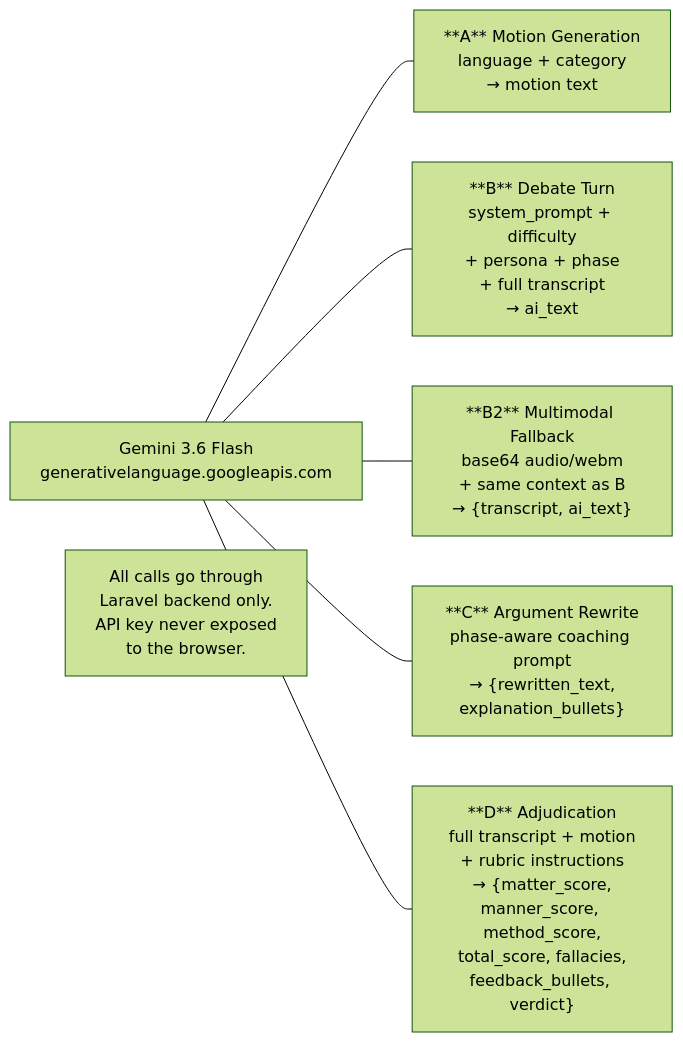
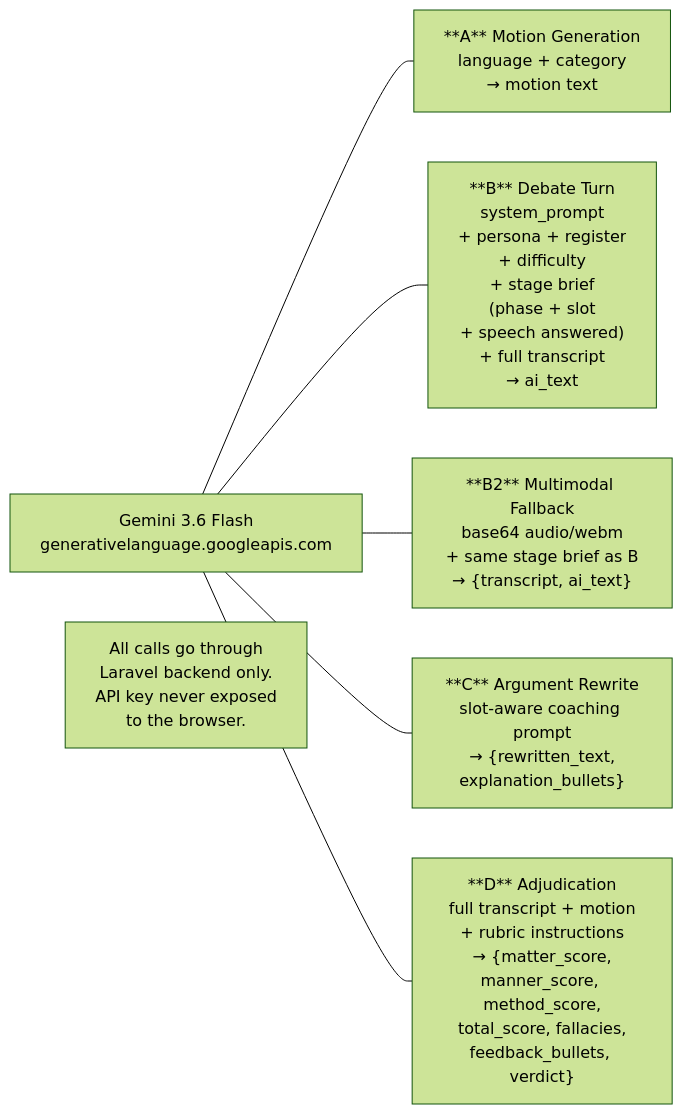
The third of 6 diagrams in README.md (Atia-Farha/Rostrum), drawn with Mermaid (forest theme) before and after one commit. The commit also changed other lines of this file and 71 other files, not shown here.

````diff
--- a/README.md
+++ b/README.md
@@ -288,18 +442,18 @@
 ```mermaid
 flowchart LR
     GEM["Gemini 3.6 Flash\ngenerativelanguage.googleapis.com"]
 
     A["**A** Motion Generation\nlanguage + category\n→ motion text"]
-    B["**B** Debate Turn\nsystem_prompt + difficulty\n+ persona + phase\n+ full transcript\n→ ai_text"]
-    B2["**B2** Multimodal Fallback\nbase64 audio/webm\n+ same context as B\n→ {transcript, ai_text}"]
-    C["**C** Argument Rewrite\nphase-aware coaching prompt\n→ {rewritten_text,\nexplanation_bullets}"]
+    B["**B** Debate Turn\nsystem_prompt\n+ persona + register\n+ difficulty\n+ stage brief\n(phase + slot\n+ speech answered)\n+ full transcript\n→ ai_text"]
+    B2["**B2** Multimodal Fallback\nbase64 audio/webm\n+ same stage brief as B\n→ {transcript, ai_text}"]
+    C["**C** Argument Rewrite\nslot-aware coaching prompt\n→ {rewritten_text,\nexplanation_bullets}"]
     D["**D** Adjudication\nfull transcript + motion\n+ rubric instructions\n→ {matter_score,\nmanner_score, method_score,\ntotal_score, fallacies,\nfeedback_bullets, verdict}"]
 
     GEM --- A
     GEM --- B
     GEM --- B2
     GEM --- C
     GEM --- D
 
     note1["All calls go through\nLaravel backend only.\nAPI key never exposed\nto the browser."]
 ```
````
